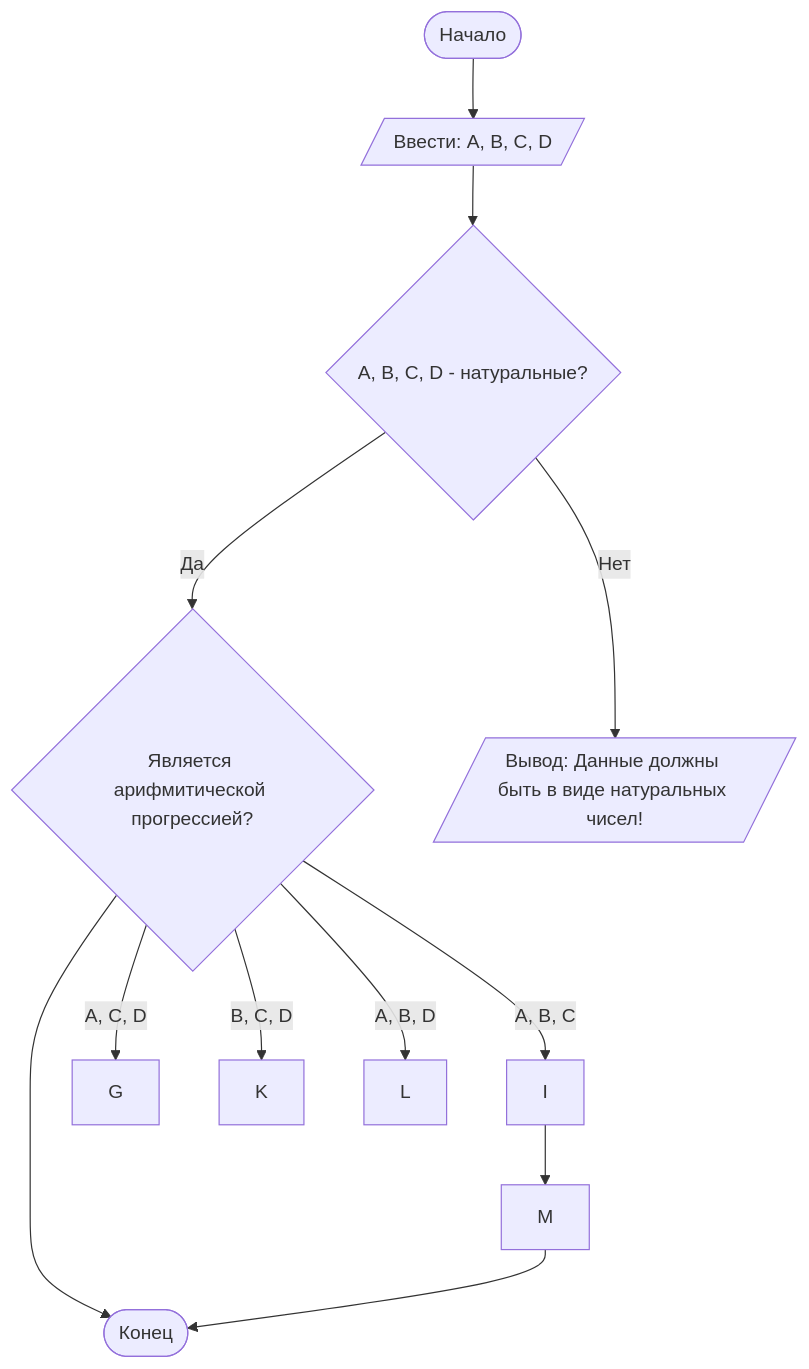
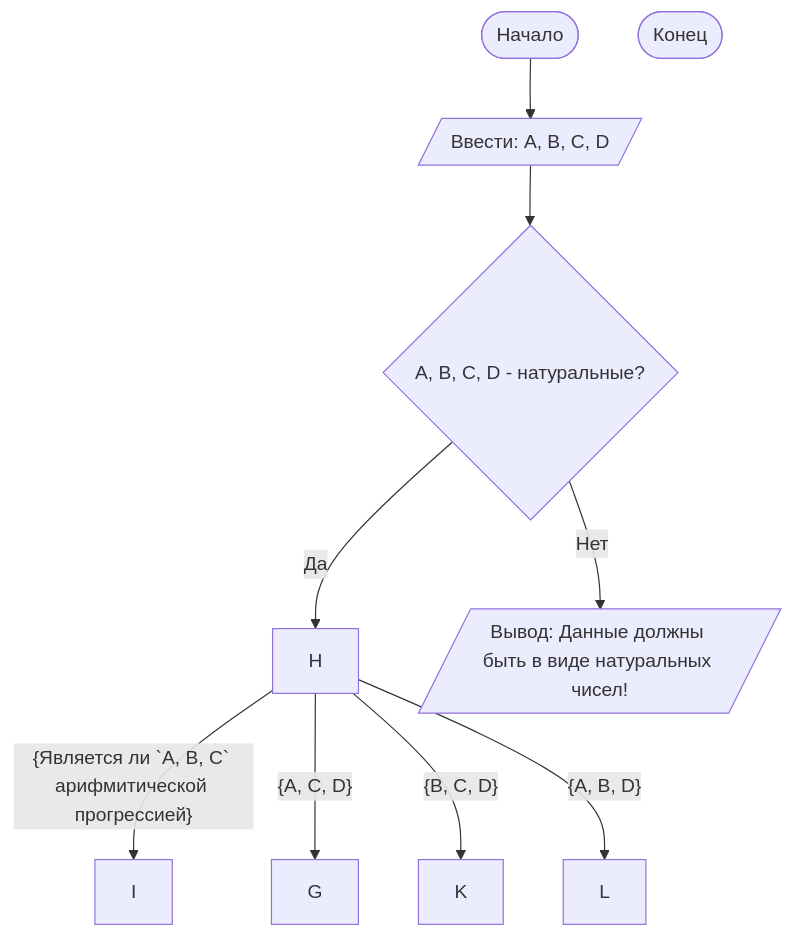
The diagram in README.md (Matvey-Kh/Lab1), drawn with Mermaid before and after one commit.

````diff
--- a/README.md
+++ b/README.md
@@ -92,16 +92,15 @@
 ```mermaid
 graph TD
     A([Начало]) --> B[/Ввести: A, B, C, D/]
     B --> C{A, B, C, D - натуральные?}
-    C -- Да --> H{Является арифмитической прогрессией?}
+    C -- Да --> H
     C -- Нет --> D[/Вывод: Данные должны быть в виде натуральных чисел!/]
-    H -- A, B, C --> I
-    H -- A, C, D --> G
-    H -- B, C, D --> K
-    H -- A, B, D --> L
-    I --> M
-    H --> Z
+    H -- {Является ли `A, B, C` арифмитической прогрессией} --> I
+    H -- {A, C, D} --> G
+    H -- {B, C, D} --> K
+    H -- {A, B, D} --> L
 
-    M --> Z([Конец])
+
+    Z([Конец])
 
 ```
````
